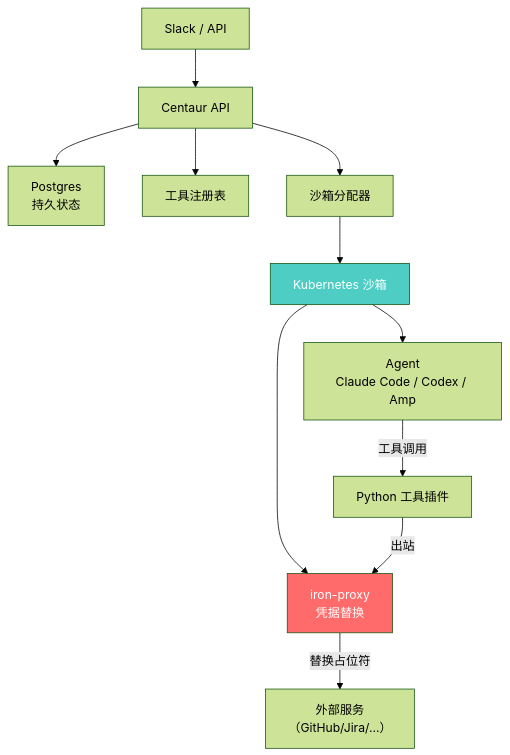
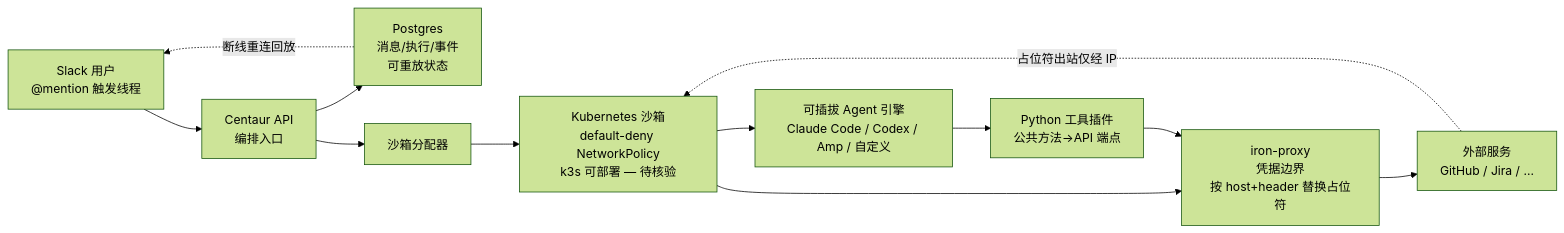
The diagram in projects/centaur.md (aiutil/github-researcher), drawn with Mermaid (forest theme) before and after one commit. The commit also changed other lines of this file and 939 other files, not shown here.

Commit message:
feat: add architect briefs and Mermaid project maps

````diff
--- a/projects/centaur.md
+++ b/projects/centaur.md
@@ -43,16 +56,14 @@
 ```mermaid
-flowchart TB
-    U["Slack / API"] --> API["Centaur API"]
-    API --> PG["Postgres<br/>持久状态"]
-    API --> TR["工具注册表"]
+flowchart LR
+    U["Slack 用户<br/>@mention 触发线程"] --> API["Centaur API<br/>编排入口"]
+    API --> PG["Postgres<br/>消息/执行/事件<br/>可重放状态"]
     API --> SB["沙箱分配器"]
-    SB --> K8S["Kubernetes 沙箱"]
-    K8S --> AGENT["Agent<br/>Claude Code / Codex / Amp"]
-    K8S --> IP["iron-proxy<br/>凭据替换"]
-    AGENT -->|工具调用| TOOLS["Python 工具插件"]
-    TOOLS -->|出站| IP
-    IP -->|替换占位符| EXT["外部服务<br/>（GitHub/Jira/...）"]
-    
-    style IP fill:#ff6b6b,color:#fff
-    style K8S fill:#4ecdc4,color:#fff
+    SB --> K8S["Kubernetes 沙箱<br/>default-deny NetworkPolicy<br/>k3s 可部署 — 待核验"]
+    K8S --> AGENT["可插拔 Agent 引擎<br/>Claude Code / Codex / Amp / 自定义"]
+    K8S --> IP["iron-proxy<br/>凭据边界<br/>按 host+header 替换占位符"]
+    AGENT --> TOOLS["Python 工具插件<br/>公共方法→API 端点"]
+    TOOLS --> IP
+    IP --> EXT["外部服务<br/>GitHub / Jira / …"]
+    EXT -.占位符出站仅经 IP.-> K8S
+    PG -.断线重连回放.-> U
 ```
````
